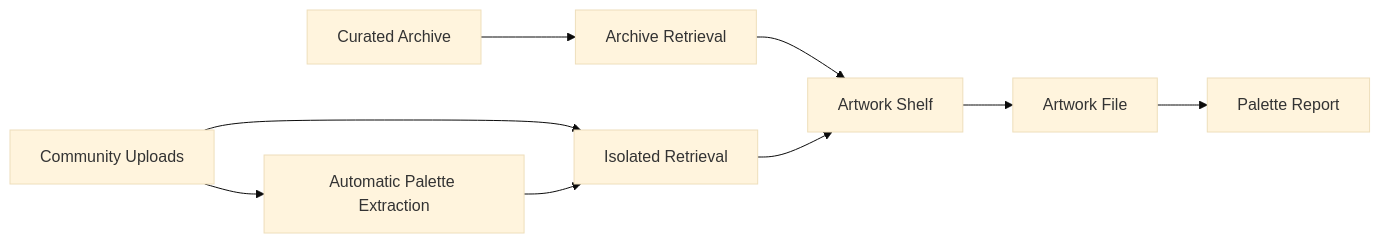
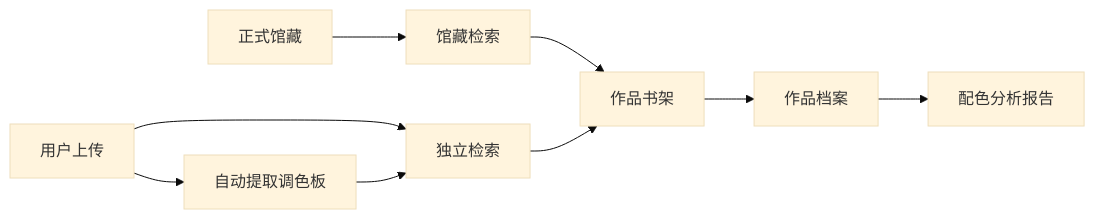
Before and after one commit to ContraMundum-code/PaletteSeek: the first of 2 diagrams in README.md, drawn with Mermaid (base theme). The commit also changed other lines of this file and 7 other files, not shown here.

````diff
--- a/README.md
+++ b/README.md
@@ -80,11 +80,11 @@
 ```mermaid
 flowchart LR
-    A["Curated Archive"] --> C["Archive Retrieval"]
-    B["Community Uploads"] --> D["Isolated Retrieval"]
-    B --> E["Automatic Palette Extraction"]
+    A["正式馆藏"] --> C["馆藏检索"]
+    B["用户上传"] --> D["独立检索"]
+    B --> E["自动提取调色板"]
     E --> D
-    C --> F["Artwork Shelf"]
+    C --> F["作品书架"]
     D --> F
-    F --> G["Artwork File"]
-    G --> H["Palette Report"]
+    F --> G["作品档案"]
+    G --> H["配色分析报告"]
 ```
````
